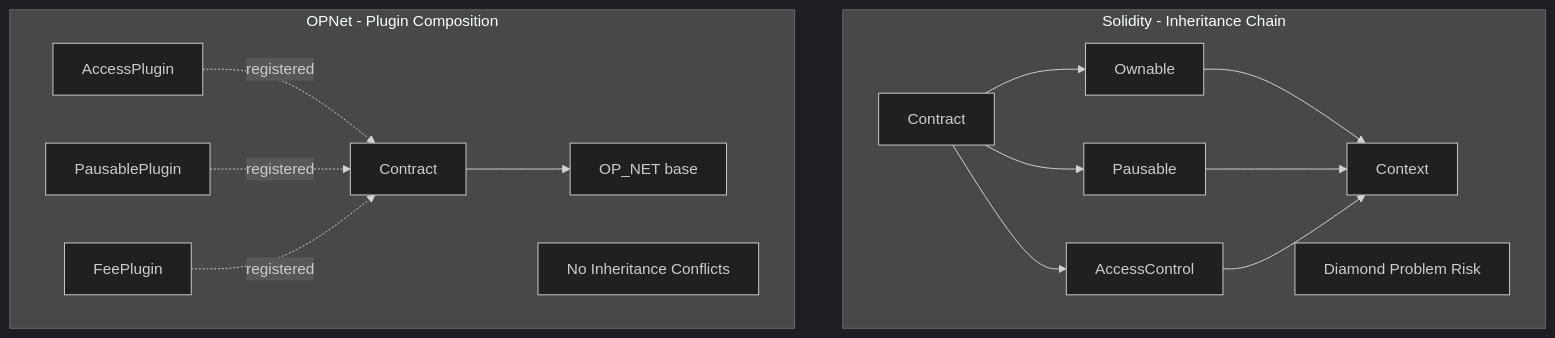
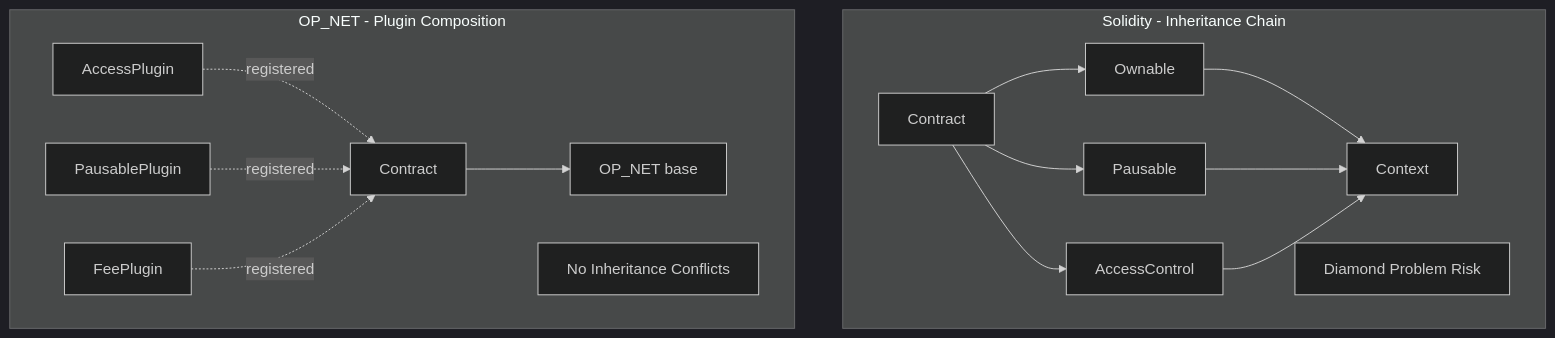
The fourth of 4 diagrams in docs/advanced/plugins.md (btc-vision/btc-runtime), drawn with Mermaid before and after one commit. The commit also changed other lines of this file and 46 other files, not shown here.

Commit message:
Change OPNet to OP_NET

````diff
--- a/docs/advanced/plugins.md
+++ b/docs/advanced/plugins.md
@@ -705,24 +705,24 @@
 ```mermaid
 ---
 config:
   theme: dark
 ---
 flowchart TB
     subgraph Solidity["Solidity - Inheritance Chain"]
         S1["Contract"] --> S2["Ownable"]
         S1 --> S3["Pausable"]
         S1 --> S4["AccessControl"]
         S2 --> S5["Context"]
         S3 --> S5
         S4 --> S5
         S6["Diamond Problem Risk"]
     end
 
-    subgraph OPNet["OPNet - Plugin Composition"]
+    subgraph OP_NET["OP_NET - Plugin Composition"]
         O1["Contract"] --> O2["OP_NET base"]
         O3["AccessPlugin"] -.->|"registered"| O1
         O4["PausablePlugin"] -.->|"registered"| O1
         O5["FeePlugin"] -.->|"registered"| O1
         O6["No Inheritance Conflicts"]
     end
 ```
````
